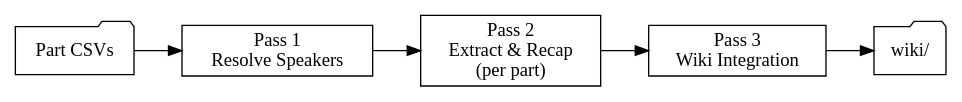
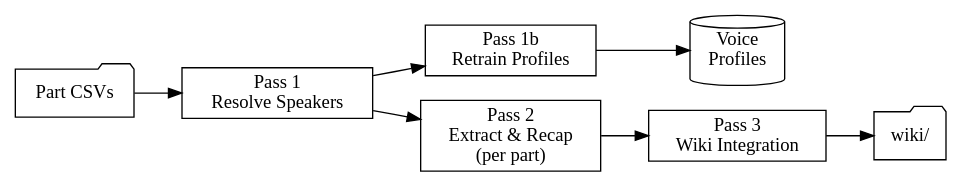
Before and after one commit to Thedougler/shattered-sea-wiki: the second of 2 diagrams in .claude/skills/session-ingest/SKILL.md, drawn with Graphviz. The commit also changed other lines of this file and 6 other files, not shown here.

````diff
--- a/.claude/skills/session-ingest/SKILL.md
+++ b/.claude/skills/session-ingest/SKILL.md
@@ -102,13 +102,16 @@
 ```dot
 digraph passes {
   rankdir=LR;
   node [shape=box];
   "Part CSVs" [shape=folder];
   "wiki/" [shape=folder];
+  "Voice\nProfiles" [shape=cylinder];
 
   "Part CSVs" -> "Pass 1\nResolve Speakers";
+  "Pass 1\nResolve Speakers" -> "Pass 1b\nRetrain Profiles";
+  "Pass 1b\nRetrain Profiles" -> "Voice\nProfiles";
   "Pass 1\nResolve Speakers" -> "Pass 2\nExtract & Recap\n(per part)";
   "Pass 2\nExtract & Recap\n(per part)" -> "Pass 3\nWiki Integration";
   "Pass 3\nWiki Integration" -> "wiki/";
 }
 ```
````
